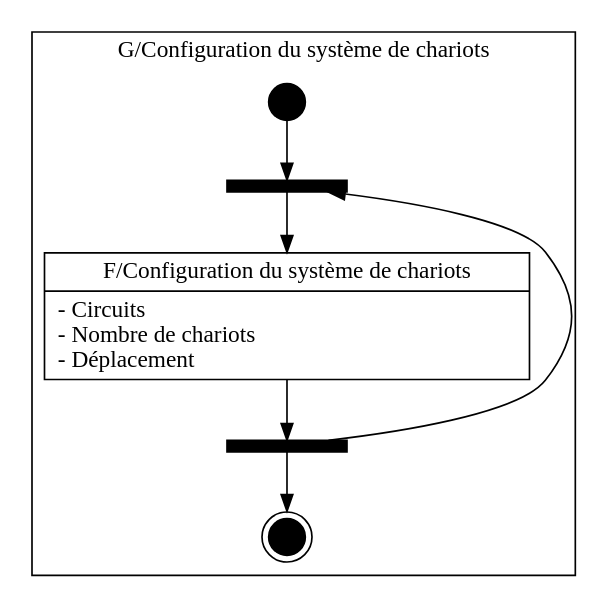
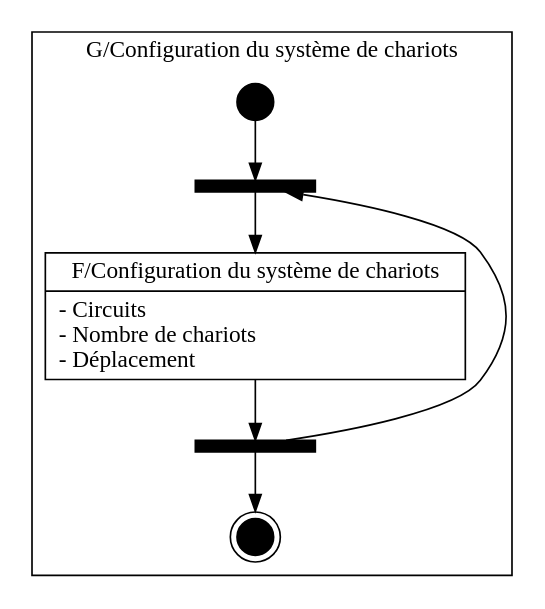
The diagram in DEF/src/img/ConfSystChar.dot (modSquad/ihm), drawn with Graphviz before and after one commit. The commit also changed 35 other files, not shown here.

```diff
--- a/DEF/src/img/ConfSystChar.dot
+++ b/DEF/src/img/ConfSystChar.dot
@@ -1,68 +1,68 @@
 digraph {
 	
-	fontname = "Bitstream Vera Sans"
+	fontname = "Nimbus Sans L"
 	
 	node [
-		fontname = "Bitstream Vera Sans"
+		fontname = "Nimbus Sans L"
 		shape = "record"
 	]
 	
 	edge [
-		fontname = "Bitstream Vera Sans"
+		fontname = "Nimbus Sans L"
 	]
 
 	subgraph clusterConfSystChar {
 		label = "G/Configuration du système de chariots"
 		
 		begin [
 			label = ""
 			shape = circle
 			style = filled
 			fillcolor = "#000000"
 			fixedsize = true
 			width = 0.3
 		]
 
 		end [
 			label = ""
 			shape = doublecircle
 			style = filled
 			fillcolor = "#000000"
 			fixedsize = true
 			width = 0.3
 		]
 				
 		up [
 			label = ""
 			shape = rectangle
 			style = filled
 			fillcolor = "#000000"
 			fixedsize = true
 			width = 1
 			height = 0.1
 		]
 	
 		down [
 			label = ""
 			shape = rectangle
 			style = filled
 			fillcolor = "#000000"
 			fixedsize = true
 			width = 1
 			height = 0.1
 		]
 		
 		ConfSystChar [
 			label = "{F/Configuration du système de chariots|- Circuits\l- Nombre de chariots\l- Déplacement\l}"
 		]
 		
 	}
 
 	begin -> up
 	
 	up -> ConfSystChar -> down
 	
 	down -> up [ constraint = false ]
 	down -> end
 	
 }
```
